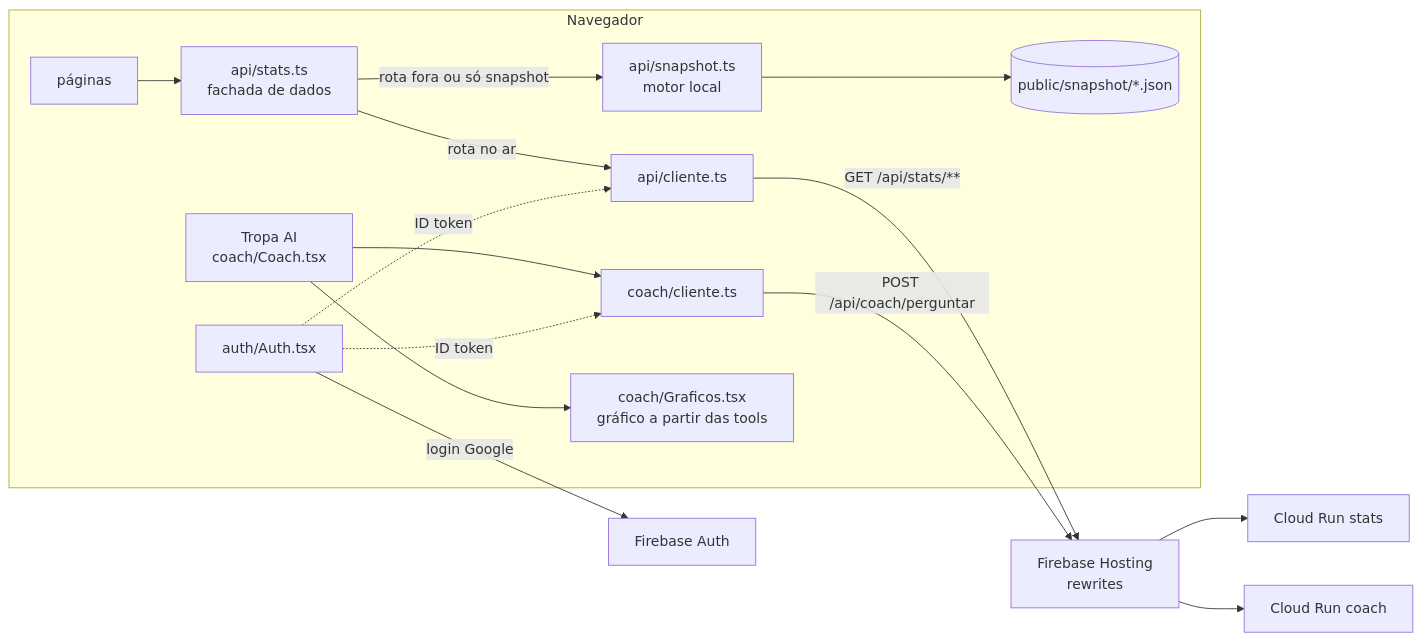
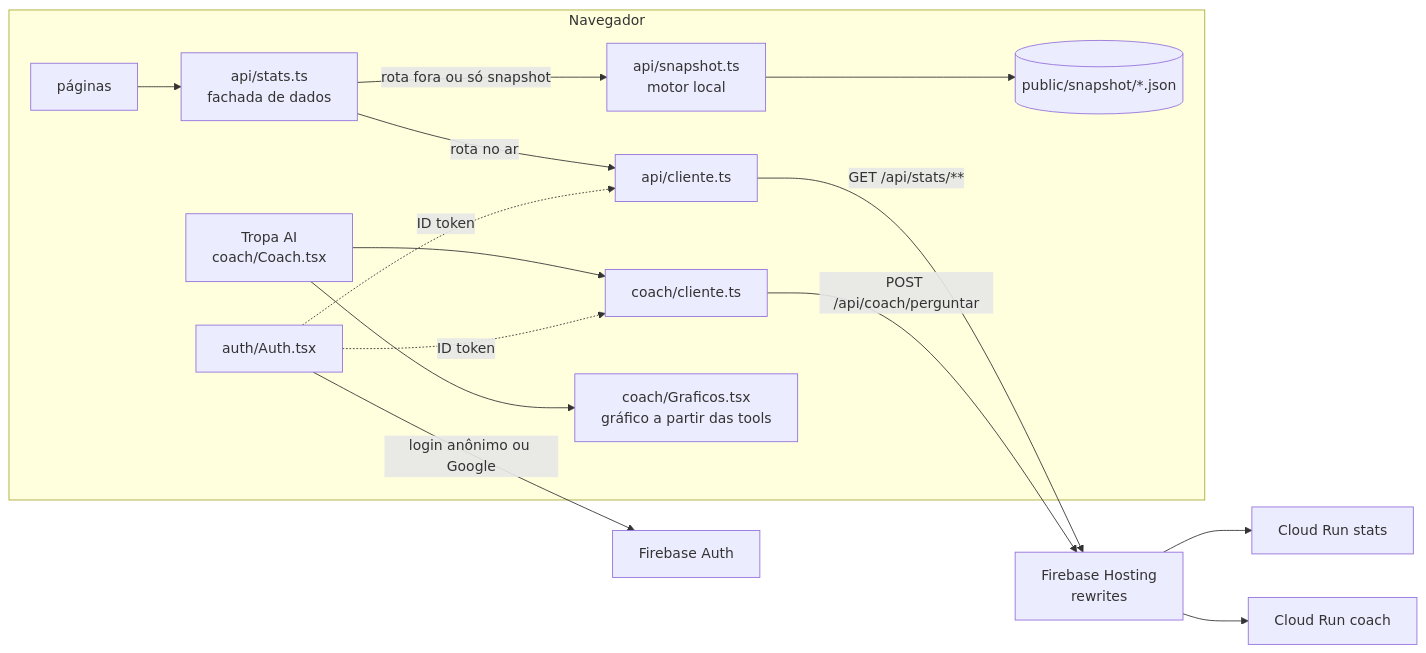
One commit to GuiiifSouza/datropa changed the diagram in front/docs/arquitetura.md. Above: the diagram before and after it, drawn with Mermaid. The commit also changed other lines of this file and 1 other file, not shown here.

Commit message:
docs(front): login anônimo na Tropa AI e 429 do limite de perguntas

````diff
--- a/front/docs/arquitetura.md
+++ b/front/docs/arquitetura.md
@@ -3,18 +3,18 @@
 ```mermaid
 flowchart LR
   subgraph Navegador
     P[páginas] --> F[api/stats.ts<br/>fachada de dados]
     F -->|rota no ar| C[api/cliente.ts]
     F -->|rota fora ou só snapshot| S[api/snapshot.ts<br/>motor local]
     S --> SN[(public/snapshot/*.json)]
     TA[Tropa AI<br/>coach/Coach.tsx] --> CC[coach/cliente.ts]
     TA --> G[coach/Graficos.tsx<br/>gráfico a partir das tools]
     A[auth/Auth.tsx] -.ID token.-> C
     A -.ID token.-> CC
   end
   C -->|GET /api/stats/**| H[Firebase Hosting<br/>rewrites]
   CC -->|POST /api/coach/perguntar| H
   H --> ST[Cloud Run stats]
   H --> CO[Cloud Run coach]
-  A -->|login Google| FA[Firebase Auth]
+  A -->|login anônimo ou Google| FA[Firebase Auth]
 ```
````
